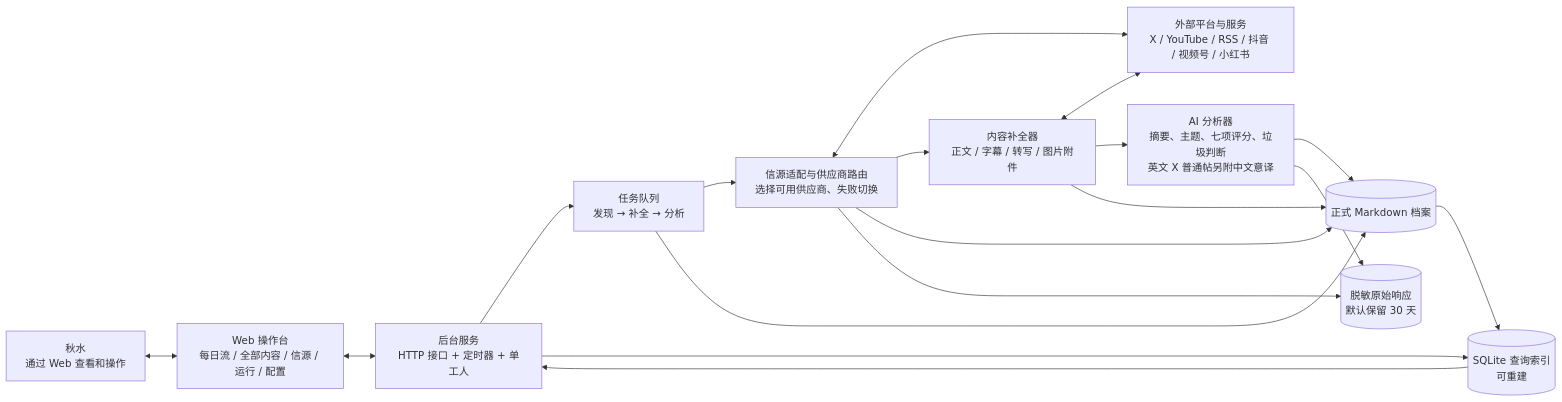
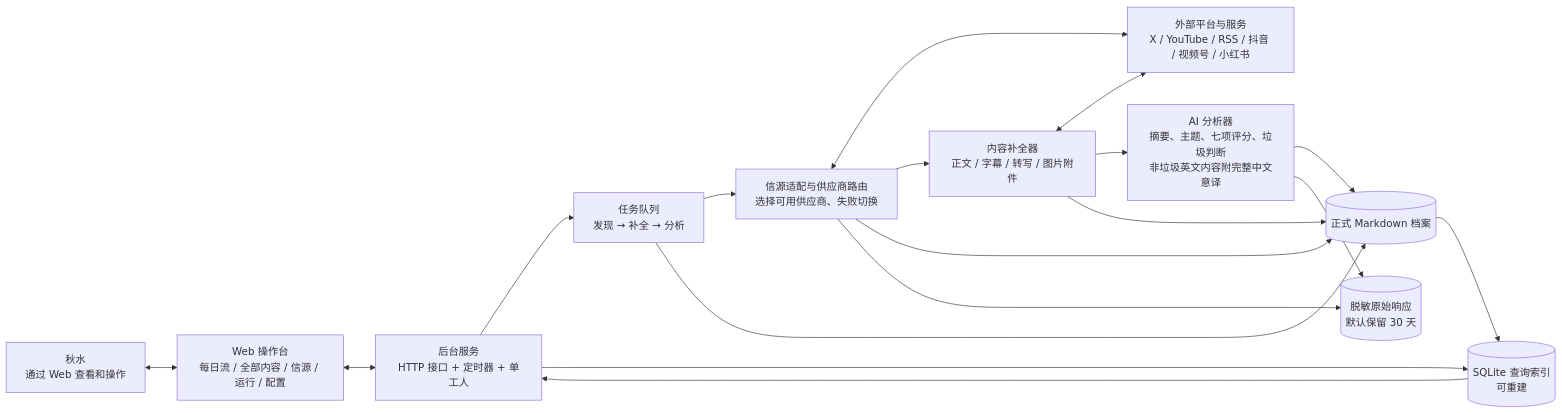
The first of 4 diagrams in docs/architecture/runtime-data-processing-flow.md (benjamin-qhy/qiushuiai-airadar), drawn with Mermaid before and after one commit. The commit also changed other lines of this file and 21 other files, not shown here.

````diff
--- a/docs/architecture/runtime-data-processing-flow.md
+++ b/docs/architecture/runtime-data-processing-flow.md
@@ -21,32 +21,32 @@
 ```mermaid
 flowchart LR
     U[秋水<br/>通过 Web 查看和操作]
     W[Web 操作台<br/>每日流 / 全部内容 / 信源 / 运行 / 配置]
     S[后台服务<br/>HTTP 接口 + 定时器 + 单工人]
     Q[任务队列<br/>发现 → 补全 → 分析]
     A[信源适配与供应商路由<br/>选择可用供应商、失败切换]
     E[内容补全器<br/>正文 / 字幕 / 转写 / 图片附件]
-    M[AI 分析器<br/>摘要、主题、七项评分、垃圾判断<br/>英文 X 普通帖另附中文意译]
+    M[AI 分析器<br/>摘要、主题、七项评分、垃圾判断<br/>非垃圾英文内容附完整中文意译]
     R[(正式 Markdown 档案)]
     I[(SQLite 查询索引<br/>可重建)]
     X[(脱敏原始响应<br/>默认保留 30 天)]
     P[外部平台与服务<br/>X / YouTube / RSS / 抖音 / 视频号 / 小红书]
 
     U <--> W
     W <--> S
     S --> Q
     Q --> A
     A <--> P
     A --> E
     E <--> P
     E --> M
     M --> R
     A --> R
     E --> R
     Q --> R
     R --> I
     S --> I
     A --> X
     M --> X
     I --> S
 ```
````
